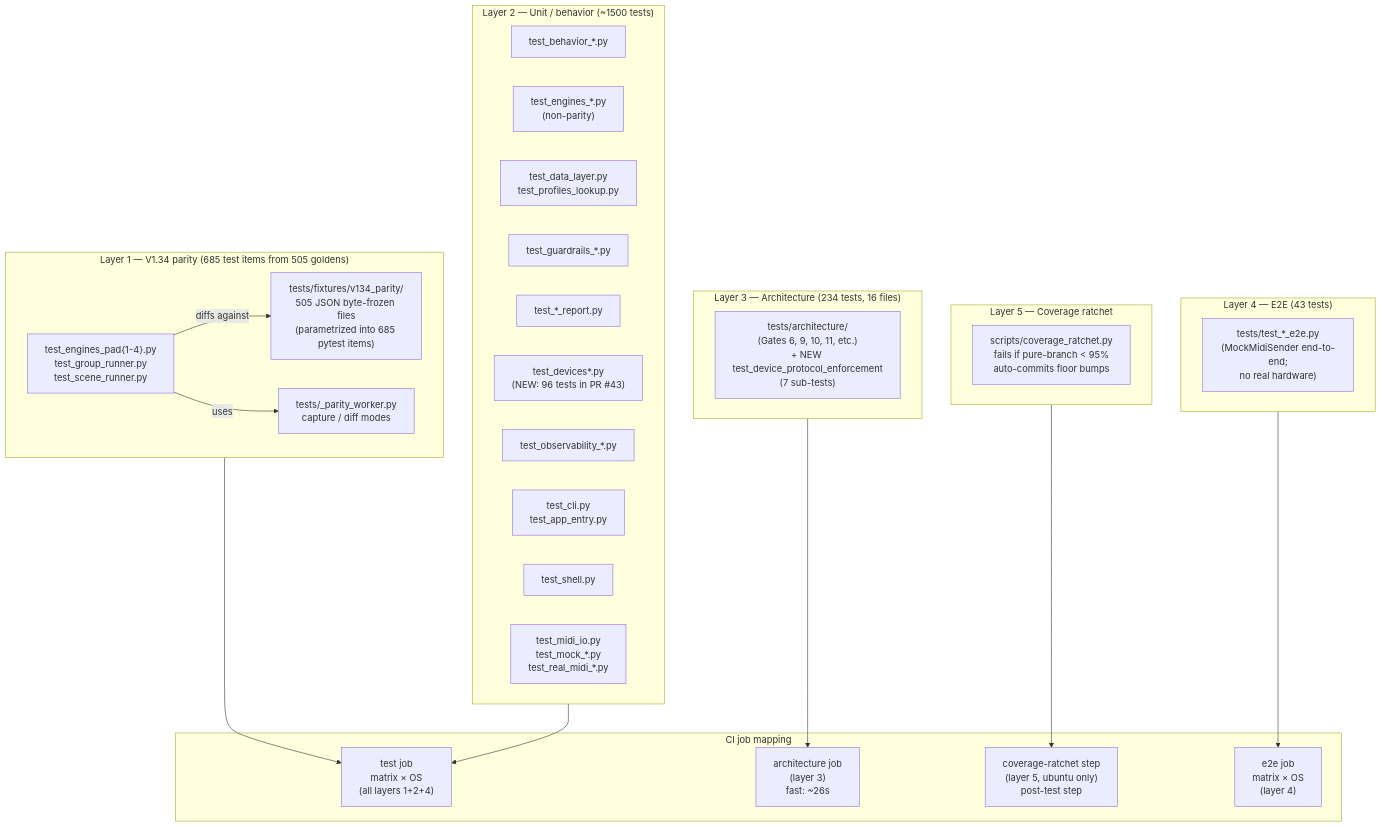
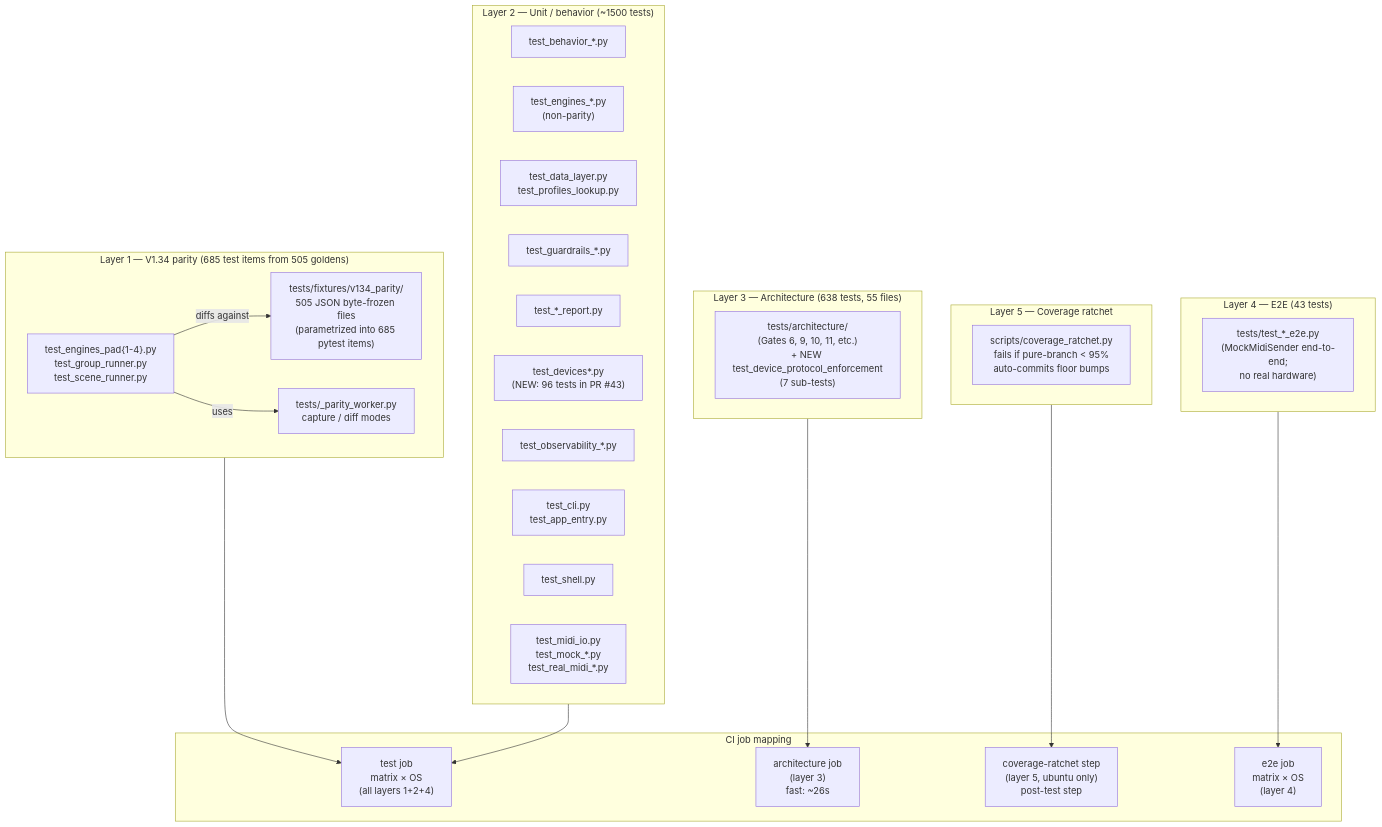
One commit to buzzijose-hub/RytmRandomizer changed diagram 13 of 34 in docs/ARCHITECTURE_DIAGRAMS.md. Above: the diagram before and after it, drawn with Mermaid. The commit also changed other lines of this file and 21 other files, not shown here.

````diff
--- a/docs/ARCHITECTURE_DIAGRAMS.md
+++ b/docs/ARCHITECTURE_DIAGRAMS.md
@@ -899,49 +919,49 @@
 ```mermaid
 flowchart TB
     subgraph Layer1["Layer 1 — V1.34 parity (685 test items from 505 goldens)"]
         Goldens["tests/fixtures/v134_parity/<br/>505 JSON byte-frozen files<br/>(parametrized into 685 pytest items)"]
         ParityTests["test_engines_pad{1-4}.py<br/>test_group_runner.py<br/>test_scene_runner.py"]
         ParityWorker["tests/_parity_worker.py<br/>capture / diff modes"]
     end
 
     subgraph Layer2["Layer 2 — Unit / behavior (~1500 tests)"]
         BehaviorTests["test_behavior_*.py"]
         EngineUnits["test_engines_*.py<br/>(non-parity)"]
         DataTests["test_data_layer.py<br/>test_profiles_lookup.py"]
         GuardrailsTests["test_guardrails_*.py"]
         ReportsTests["test_*_report.py"]
         DeviceTests["test_devices*.py<br/>(NEW: 96 tests in PR #43)"]
         ObservabilityTests["test_observability_*.py"]
         CliTests["test_cli.py<br/>test_app_entry.py"]
         ShellTests["test_shell.py"]
         MidiTests["test_midi_io.py<br/>test_mock_*.py<br/>test_real_midi_*.py"]
     end
 
-    subgraph Layer3["Layer 3 — Architecture (234 tests, 16 files)"]
+    subgraph Layer3["Layer 3 — Architecture (638 tests, 55 files)"]
         ArchTests["tests/architecture/<br/>(Gates 6, 9, 10, 11, etc.)<br/>+ NEW test_device_protocol_enforcement<br/>(7 sub-tests)"]
     end
 
     subgraph Layer4["Layer 4 — E2E (43 tests)"]
         E2ETests["tests/test_*_e2e.py<br/>(MockMidiSender end-to-end;<br/>no real hardware)"]
     end
 
     subgraph Layer5["Layer 5 — Coverage ratchet"]
         CovScript["scripts/coverage_ratchet.py<br/>fails if pure-branch < 95%<br/>auto-commits floor bumps"]
     end
 
     subgraph CIJobs["CI job mapping"]
         TestJob["test job<br/>matrix × OS<br/>(all layers 1+2+4)"]
         ArchJob["architecture job<br/>(layer 3)<br/>fast: ~26s"]
         CovJob["coverage-ratchet step<br/>(layer 5, ubuntu only)<br/>post-test step"]
         E2EJob["e2e job<br/>matrix × OS<br/>(layer 4)"]
     end
 
     Layer1 --> TestJob
     Layer2 --> TestJob
     Layer3 --> ArchJob
     Layer4 --> E2EJob
     Layer5 --> CovJob
 
     ParityTests -->|"diffs against"| Goldens
     ParityTests -->|"uses"| ParityWorker
 ```
````
